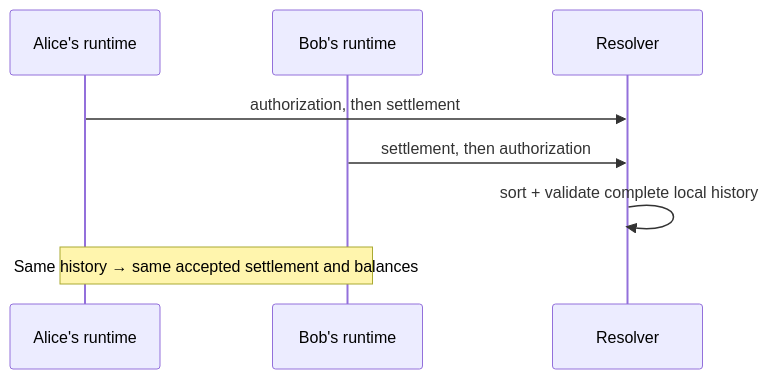
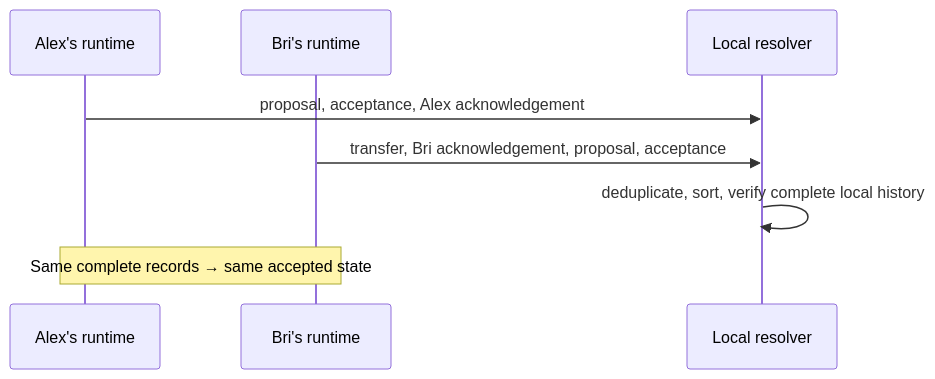
Before and after one commit to matthewlovestocode/peer-hours: the diagram in docs/education/26-order-independent-results.md, drawn with Mermaid. The commit also changed other lines of this file and 62 other files, not shown here.

````diff
--- a/docs/education/26-order-independent-results.md
+++ b/docs/education/26-order-independent-results.md
@@ -16,10 +5,10 @@
 ```mermaid
 sequenceDiagram
-  participant A as Alice's runtime
-  participant B as Bob's runtime
-  participant R as Resolver
-  A->>R: authorization, then settlement
-  B->>R: settlement, then authorization
-  R->>R: sort + validate complete local history
-  Note over A,B: Same history → same accepted settlement and balances
+  participant A as Alex's runtime
+  participant B as Bri's runtime
+  participant R as Local resolver
+  A->>R: proposal, acceptance, Alex acknowledgement
+  B->>R: transfer, Bri acknowledgement, proposal, acceptance
+  R->>R: deduplicate, sort, verify complete local history
+  Note over A,B: Same complete records → same accepted state
 ```
````
